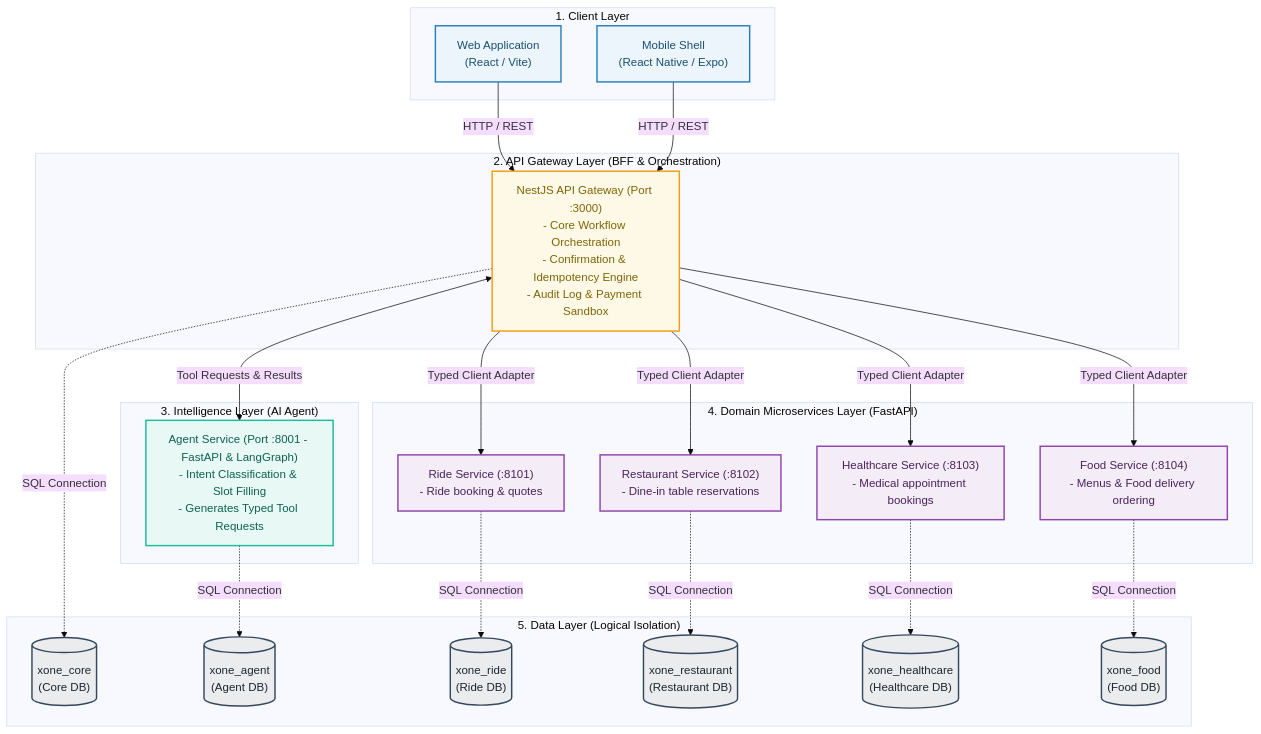
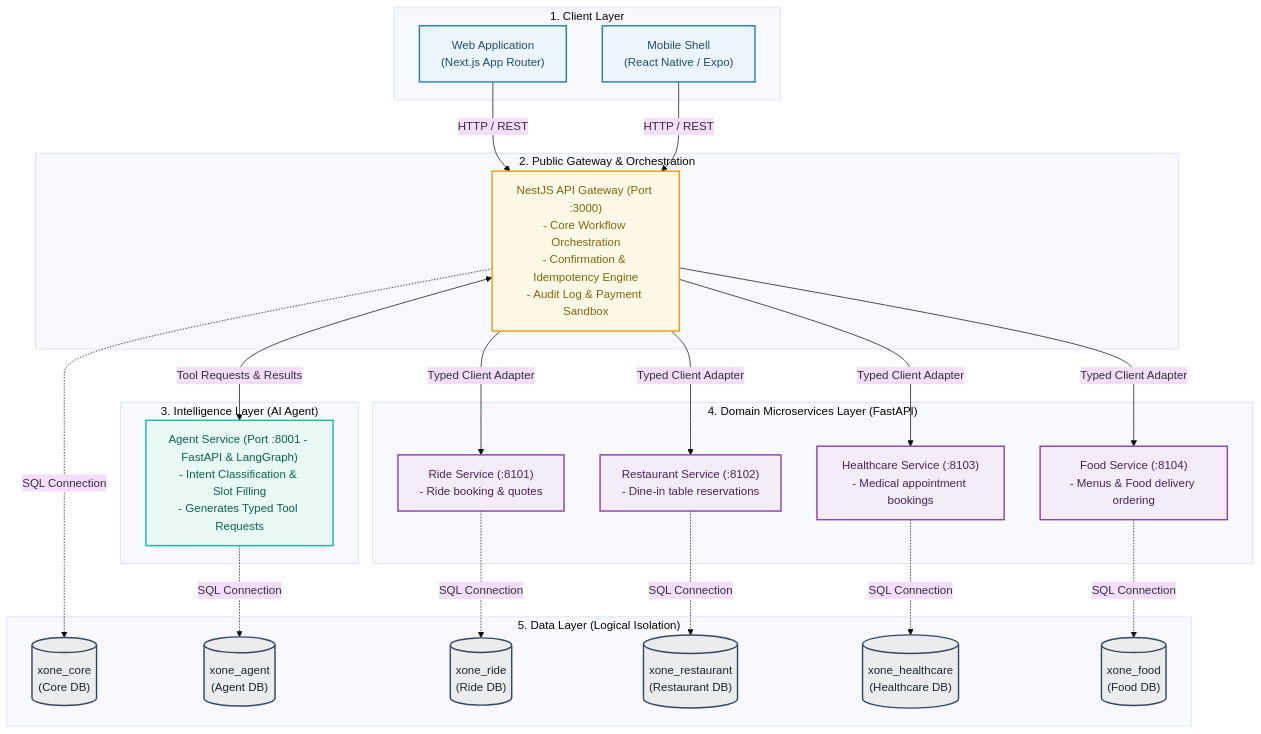
The second of 2 diagrams in docs/architecture/system-overview.md (codecuatai/P-018), drawn with Mermaid (base theme) before and after one commit. The commit also changed other lines of this file and 135 other files, not shown here.

````diff
--- a/docs/architecture/system-overview.md
+++ b/docs/architecture/system-overview.md
@@ -18,54 +18,54 @@
 ```mermaid
 flowchart TB
     classDef client fill:#EBF5FB,stroke:#2980B9,stroke-width:2px,color:#1B4F72;
     classDef gateway fill:#FEF9E7,stroke:#F39C12,stroke-width:2px,color:#7D6608;
     classDef agent fill:#E8F8F5,stroke:#1ABC9C,stroke-width:2px,color:#0E6251;
     classDef domain fill:#F4ECF7,stroke:#8E44AD,stroke-width:2px,color:#4A235A;
     classDef database fill:#EAECEE,stroke:#34495E,stroke-width:2px,color:#1B2631;
 
     subgraph ClientLayer["1. Client Layer"]
-        Web["Web Application\n(React / Vite)"]:::client
+        Web["Web Application\n(Next.js App Router)"]:::client
         Mobile["Mobile Shell\n(React Native / Expo)"]:::client
     end
 
-    subgraph GatewayLayer["2. API Gateway Layer (BFF & Orchestration)"]
+    subgraph GatewayLayer["2. Public Gateway & Orchestration"]
         Gateway["NestJS API Gateway (Port :3000)\n- Core Workflow Orchestration\n- Confirmation & Idempotency Engine\n- Audit Log & Payment Sandbox"]:::gateway
     end
 
     subgraph AgentLayer["3. Intelligence Layer (AI Agent)"]
         Agent["Agent Service (Port :8001 - FastAPI & LangGraph)\n- Intent Classification & Slot Filling\n- Generates Typed Tool Requests"]:::agent
     end
 
     subgraph DomainLayer["4. Domain Microservices Layer (FastAPI)"]
         Ride["Ride Service (:8101)\n- Ride booking & quotes"]:::domain
         Restaurant["Restaurant Service (:8102)\n- Dine-in table reservations"]:::domain
         Healthcare["Healthcare Service (:8103)\n- Medical appointment bookings"]:::domain
         Food["Food Service (:8104)\n- Menus & Food delivery ordering"]:::domain
     end
 
     subgraph DataLayer["5. Data Layer (Logical Isolation)"]
         CoreDB[("xone_core\n(Core DB)")]:::database
         AgentDB[("xone_agent\n(Agent DB)")]:::database
         RideDB[("xone_ride\n(Ride DB)")]:::database
         RestDB[("xone_restaurant\n(Restaurant DB)")]:::database
         HealthDB[("xone_healthcare\n(Healthcare DB)")]:::database
         FoodDB[("xone_food\n(Food DB)")]:::database
     end
 
     Web -->|HTTP / REST| Gateway
     Mobile -->|HTTP / REST| Gateway
 
     Gateway <-->|Tool Requests & Results| Agent
 
     Gateway -->|Typed Client Adapter| Ride
     Gateway -->|Typed Client Adapter| Restaurant
     Gateway -->|Typed Client Adapter| Healthcare
     Gateway -->|Typed Client Adapter| Food
 
     Gateway -.->|SQL Connection| CoreDB
     Agent -.->|SQL Connection| AgentDB
     Ride -.->|SQL Connection| RideDB
     Restaurant -.->|SQL Connection| RestDB
     Healthcare -.->|SQL Connection| HealthDB
     Food -.->|SQL Connection| FoodDB
 ```
````
